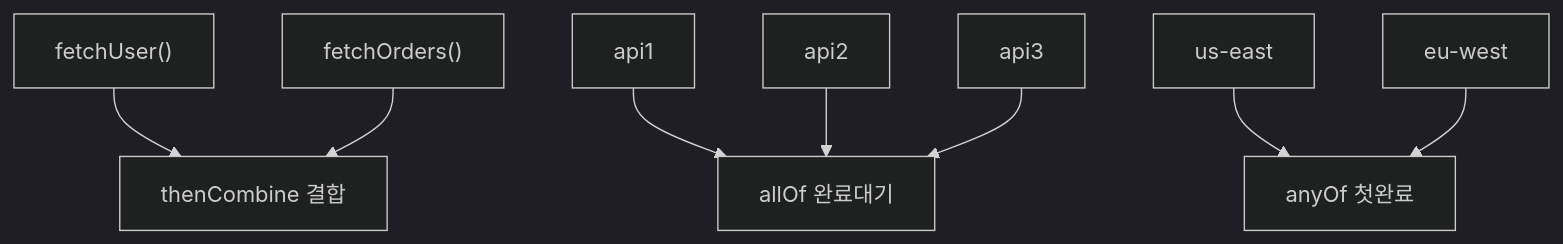
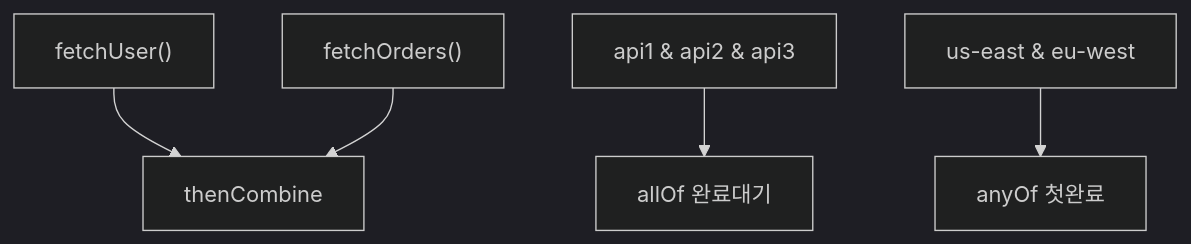
The second of 3 diagrams in _posts/java/2026-05-01-java-completablefuture.md (yjkim2015/yjkim2015.github.io), drawn with Mermaid (dark theme) before and after one commit. The commit also changed 155 other files, not shown here.

First line of the commit message:
Mermaid 전면 수정: subgraph 제거, participant/노드/줄수 축소 (342블록)

````diff
--- a/_posts/java/2026-05-01-java-completablefuture.md
+++ b/_posts/java/2026-05-01-java-completablefuture.md
@@ -256,10 +256,7 @@
 ```mermaid
 flowchart TD
-    A1["fetchUser()"] --> C1["thenCombine 결합"]
+    A1["fetchUser()"] --> C1["thenCombine"]
     B1["fetchOrders()"] --> C1
-    A2["api1"] --> D["allOf 완료대기"]
-    B2["api2"] --> D
-    C2["api3"] --> D
-    A3["us-east"] --> E["anyOf 첫완료"]
-    B3["eu-west"] --> E
+    A2["api1 & api2 & api3"] --> D["allOf 완료대기"]
+    A3["us-east & eu-west"] --> E["anyOf 첫완료"]
 ```
````
